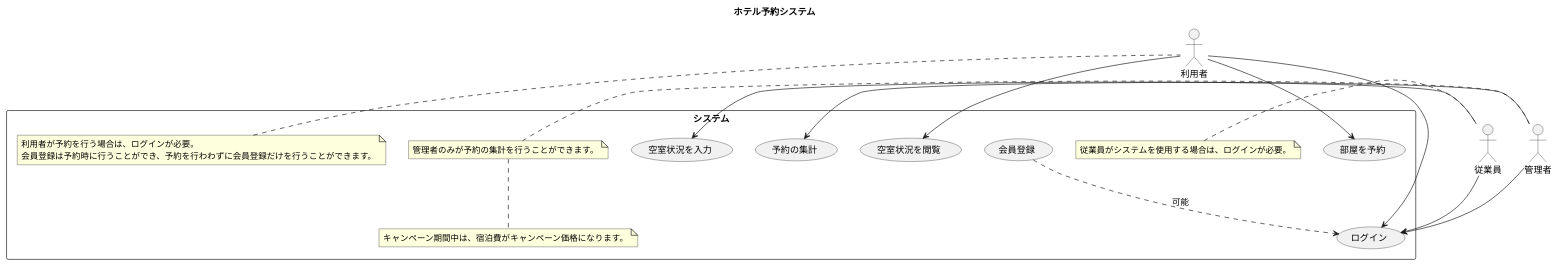
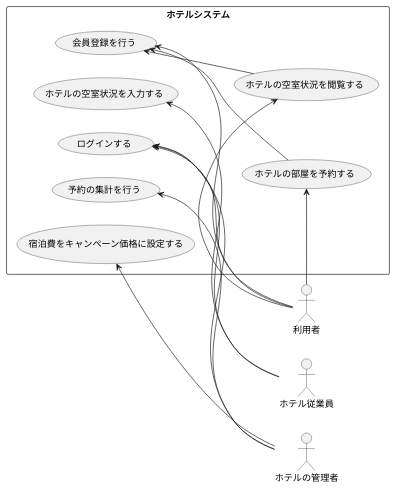
One commit to nishiyu0919/uml-introduction changed the diagram in 演習2-8_UC_ホテル予約システム.pu. Above: the diagram before and after it, drawn with PlantUML.

Commit message:
演習2-8

```diff
--- a/演習2-8_UC_ホテル予約システム.pu
+++ b/演習2-8_UC_ホテル予約システム.pu
@@ -1,42 +1,20 @@
 @startuml 演習2-8
+left to right direction
+actor 利用者
+actor ホテル従業員
+actor ホテルの管理者
 
-title ホテル予約システム
-
-actor 利用者 
-actor 従業員
-actor 管理者 
-
-rectangle "システム" {
-
-  利用者 --> (空室状況を閲覧)
-  利用者 --> (部屋を予約)
-  利用者 --> (ログイン)
-
-  (会員登録) ..> (ログイン) : 可能
-
-  従業員 --> (空室状況を入力)
-  従業員 --> (ログイン)
-
-  管理者 --> (予約の集計)
-  管理者 --> (ログイン)
-
-  note left of 利用者
-    利用者が予約を行う場合は、ログインが必要。
-    会員登録は予約時に行うことができ、予約を行わわずに会員登録だけを行うことができます。
-  end note
-
-  note left of 従業員
-    従業員がシステムを使用する場合は、ログインが必要。
-  end note
-
-  note left of 管理者
-    管理者のみが予約の集計を行うことができます。
-  end note
-
-  note bottom
-    キャンペーン期間中は、宿泊費がキャンペーン価格になります。
-  end note
-
+rectangle ホテルシステム {
+  利用者 --> (ホテルの空室状況を閲覧する)
+  利用者 --> (ホテルの部屋を予約する)
+  (ホテルの空室状況を入力する) <-- ホテル従業員
+  (予約の集計を行う) <-- ホテルの管理者
+  (ログインする) <-- 利用者
+  (会員登録を行う) <-- 利用者
+  (宿泊費をキャンペーン価格に設定する) <-- ホテルの管理者
+  (ログインする) <-- ホテル従業員
+  (ログインする) <-- ホテルの管理者
+  (会員登録を行う) <-- (ホテルの部屋を予約する)
+  (会員登録を行う) <-- (ホテルの空室状況を閲覧する)
 }
-
 @enduml
```
